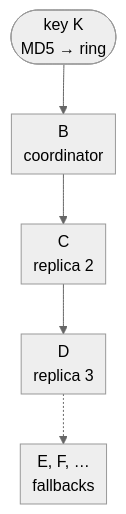
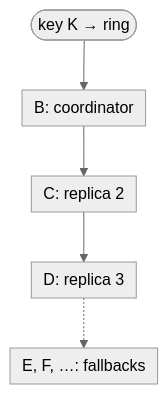
One commit to mimi146/blog changed the first of 3 diagrams in src/content/blog/dynamo-amazons-highly-available-key-value-store.md. Above: the diagram before and after it, drawn with Mermaid (neutral theme). The commit also changed other lines of this file, not shown here.

Commit message:
Dynamo post: address review 5652412019 (Coach revision: factual fixes, single-line Mermaid labels)

````diff
--- a/src/content/blog/dynamo-amazons-highly-available-key-value-store.md
+++ b/src/content/blog/dynamo-amazons-highly-available-key-value-store.md
@@ -33,10 +33,10 @@
 ```mermaid
 %%{init: {"flowchart": {"nodeSpacing": 12, "padding": 6, "diagramPadding": 4}}}%%
 flowchart TB
     accTitle: Preference list for key K with N equal to 3
     accDescr: Key K hashes to a point on the ring. Walking clockwise, node B is the coordinator and stores K. Nodes C and D hold the second and third replicas. Nodes E and F come next as fallbacks if any of the first three are down. Virtual nodes on the same physical host are skipped so the three replicas sit on distinct hosts.
-    K(["key K<br/>MD5 → ring"]) --> B["B<br/>coordinator"]
-    B --> C["C<br/>replica 2"]
-    C --> D["D<br/>replica 3"]
-    D -.-> E["E, F, …<br/>fallbacks"]
+    K(["key K → ring"]) --> B["B: coordinator"]
+    B --> C["C: replica 2"]
+    C --> D["D: replica 3"]
+    D -.-> E["E, F, …: fallbacks"]
 ```
````
